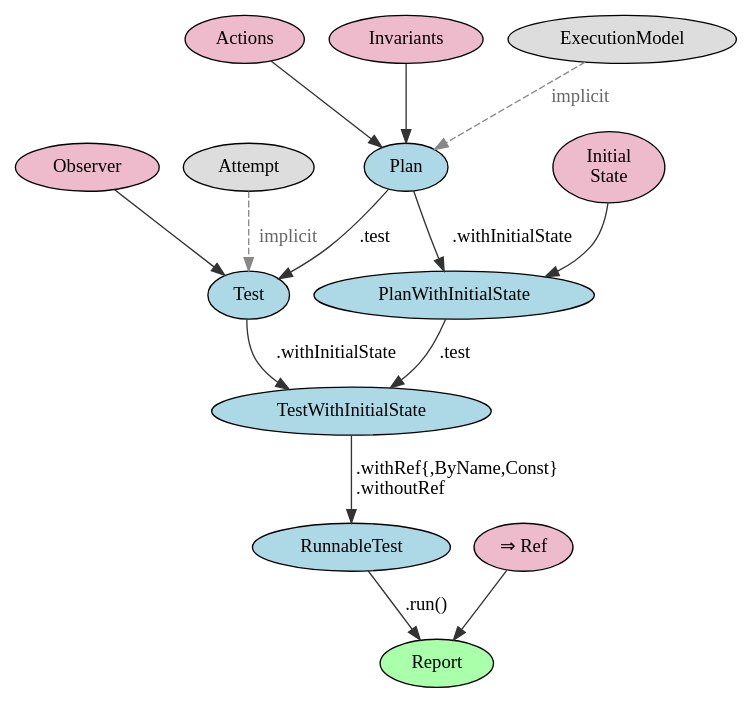
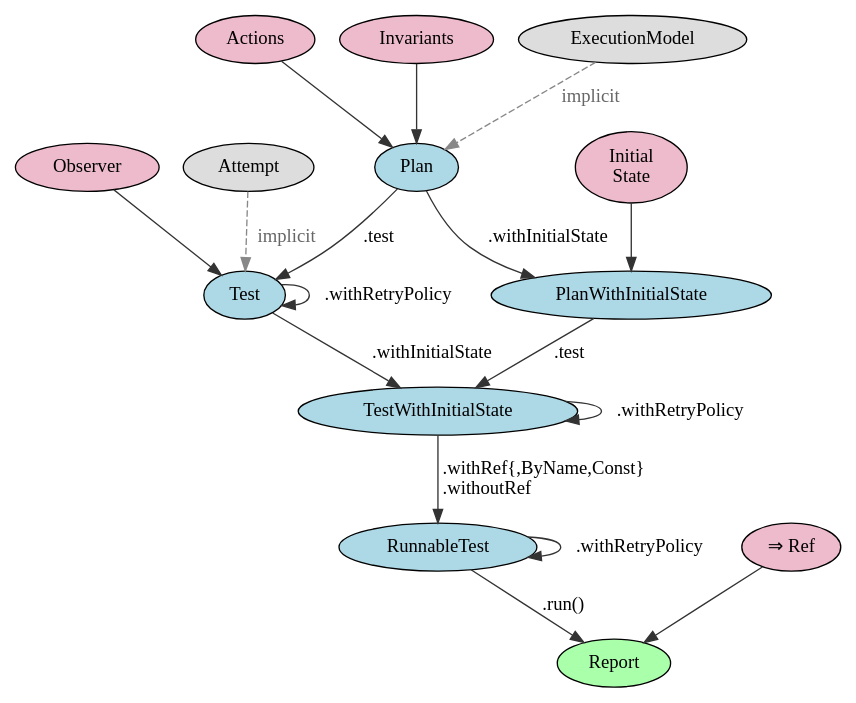
The diagram in doc/runner.gv (japgolly/test-state), drawn with Graphviz before and after one commit. The commit also changed 16 other files, not shown here.

```diff
--- a/doc/runner.gv
+++ b/doc/runner.gv
@@ -1,47 +1,51 @@
 digraph G {
 edge[color="#333333"]
 
 // Provided by user
 { node[style=filled fillcolor="#eebbcc"]
   a [label="Actions"]
   i [label="Invariants"]
   is [label="Initial\nState"]
   o [label="Observer"]
   ref [label="⇒ Ref"]
 }
 
 // Nearly always provided automatically
 { node[style=filled fillcolor="#dddddd"]
   r [label="Attempt"]
   em [label="ExecutionModel"]
 }
 
 
 // Aggregation types
 { node[style=filled fillcolor=lightblue]
   plan [label="Plan"]
   planS [label="PlanWithInitialState"]
   test [label="Test"]
   testS [label="TestWithInitialState"]
   testR [label="RunnableTest"]
 }
 
 run [label="Report" style=filled fillcolor="#aaffaa"]
 
 {edge[style=dashed color="#888888" fontcolor="#666666" label=" implicit"]
 r -> test
 em -> plan
 }
 
 a,i -> plan
 is -> planS
 o -> test
 plan -> planS [label=".withInitialState"]
 plan -> test [label=".test"]
 planS -> testS [label=".test"]
 test -> testS [label=".withInitialState"]
 
 ref -> run
 testS -> testR [label="  .withRef{,ByName,Const}\l  .withoutRef\l"]
 testR -> run [label=".run()"]
+
+test -> test [label=".withRetryPolicy"]
+testS -> testS [label=".withRetryPolicy"]
+testR -> testR [label=".withRetryPolicy"]
 }
```
